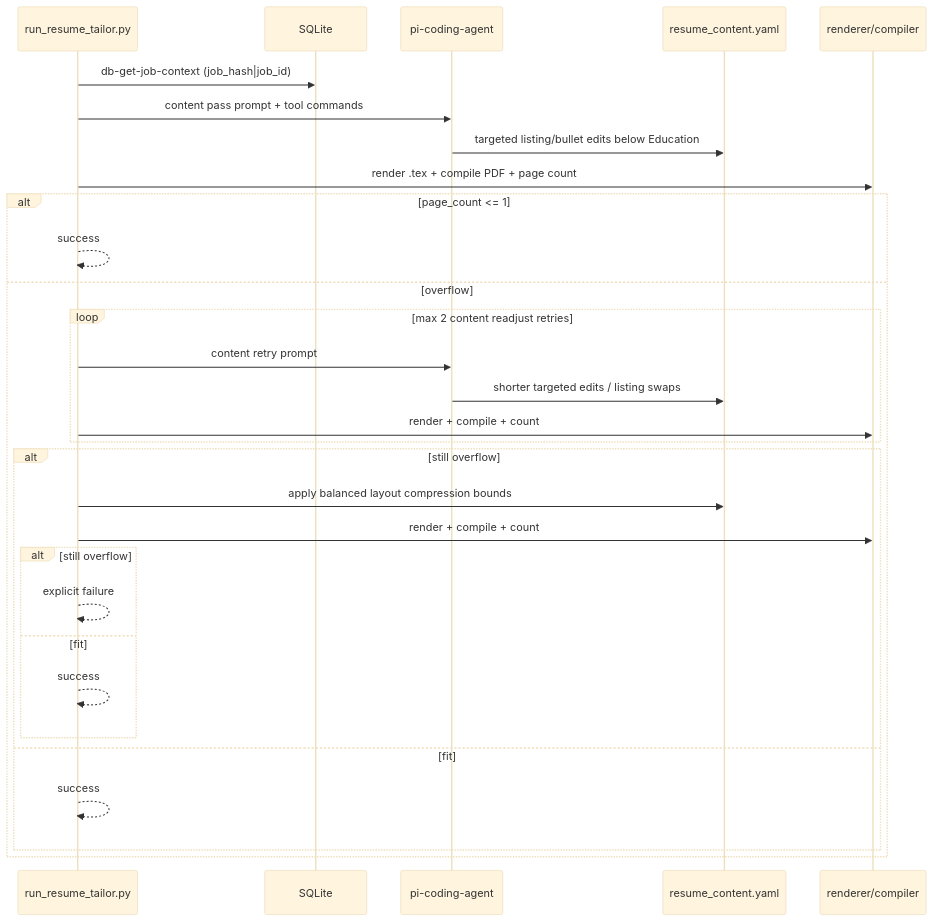
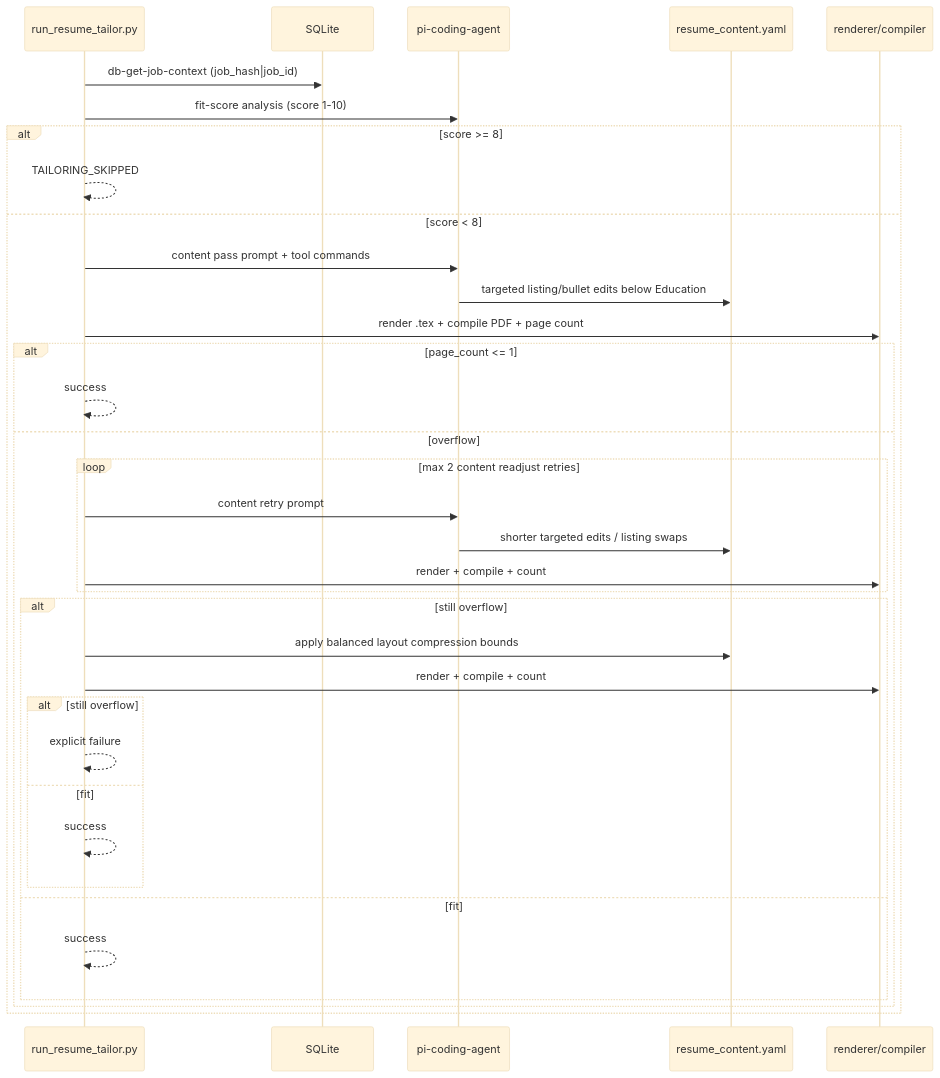
The third of 5 diagrams in .aqa/spec/workflows.md (joeyspagnoli/agentic-job-applier), drawn with Mermaid (base theme) before and after one commit. The commit also changed other lines of this file and 10 other files, not shown here.

````diff
--- a/.aqa/spec/workflows.md
+++ b/.aqa/spec/workflows.md
@@ -73,33 +77,38 @@
 ```mermaid
 sequenceDiagram
     participant Operator as run_resume_tailor.py
     participant DB as SQLite
     participant Pi as pi-coding-agent
     participant YAML as resume_content.yaml
     participant Build as renderer/compiler
 
     Operator->>DB: db-get-job-context (job_hash|job_id)
-    Operator->>Pi: content pass prompt + tool commands
-    Pi->>YAML: targeted listing/bullet edits below Education
-    Operator->>Build: render .tex + compile PDF + page count
-    alt page_count <= 1
-        Operator-->>Operator: success
-    else overflow
-        loop max 2 content readjust retries
-            Operator->>Pi: content retry prompt
-            Pi->>YAML: shorter targeted edits / listing swaps
-            Operator->>Build: render + compile + count
-        end
-        alt still overflow
-            Operator->>YAML: apply balanced layout compression bounds
-            Operator->>Build: render + compile + count
+    Operator->>Pi: fit-score analysis (score 1-10)
+    alt score >= 8
+        Operator-->>Operator: TAILORING_SKIPPED
+    else score < 8
+        Operator->>Pi: content pass prompt + tool commands
+        Pi->>YAML: targeted listing/bullet edits below Education
+        Operator->>Build: render .tex + compile PDF + page count
+        alt page_count <= 1
+            Operator-->>Operator: success
+        else overflow
+            loop max 2 content readjust retries
+                Operator->>Pi: content retry prompt
+                Pi->>YAML: shorter targeted edits / listing swaps
+                Operator->>Build: render + compile + count
+            end
             alt still overflow
-                Operator-->>Operator: explicit failure
+                Operator->>YAML: apply balanced layout compression bounds
+                Operator->>Build: render + compile + count
+                alt still overflow
+                    Operator-->>Operator: explicit failure
+                else fit
+                    Operator-->>Operator: success
+                end
             else fit
                 Operator-->>Operator: success
             end
-        else fit
-            Operator-->>Operator: success
         end
     end
 ```
````
